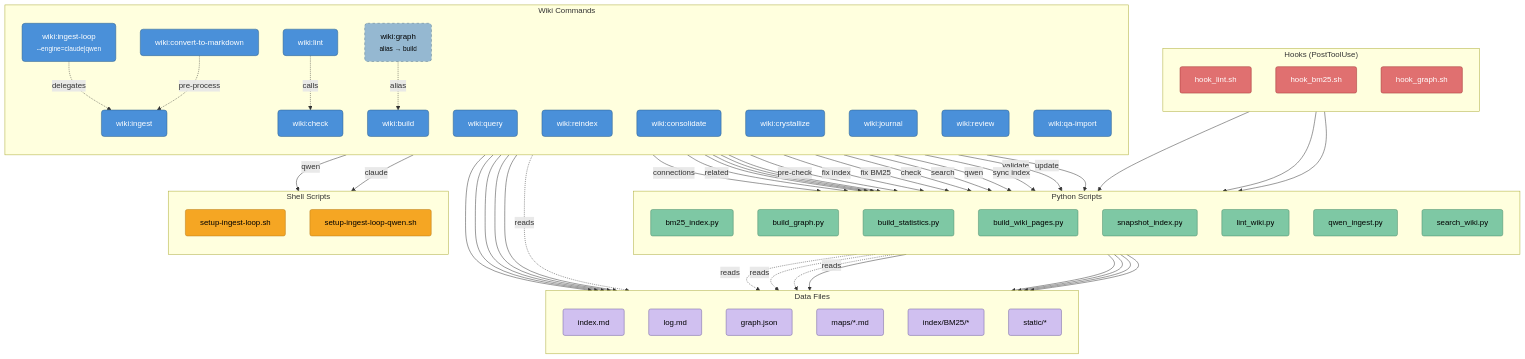
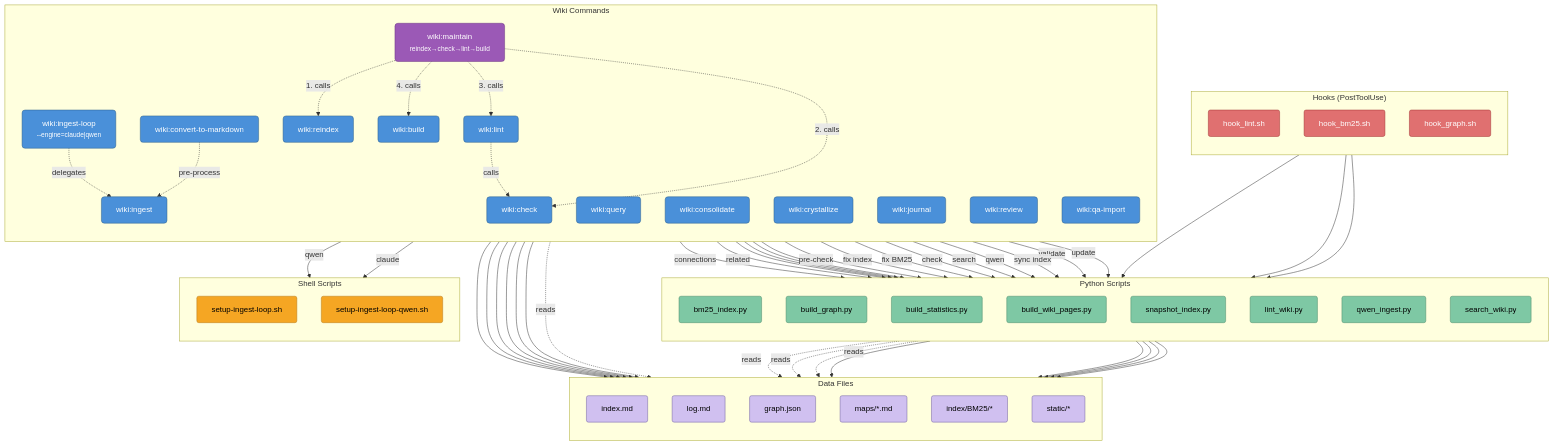
The diagram in static/asset/DAG.mmd (1998x-stack/llm-wiki-plugin), drawn with Mermaid before and after one commit. The commit also changed 121 other files, not shown here.

First line of the commit message:
feat: wiki:maintain pipeline + fix PostToolUse hooks (v3.2)

```diff
--- a/static/asset/DAG.mmd
+++ b/static/asset/DAG.mmd
@@ -1,148 +1,152 @@
 graph TD
 
 %% ─────────────────────────────────────────────
 %%  SUBGRAPHS
 %% ─────────────────────────────────────────────
 
 subgraph CMDS["Wiki Commands"]
     direction TB
     C_INGEST["wiki:ingest"]
     C_LOOP["wiki:ingest-loop<br/><small>--engine=claude|qwen</small>"]
     C_QUERY["wiki:query"]
     C_CHECK["wiki:check"]
     C_LINT["wiki:lint"]
     C_BUILD["wiki:build"]
-    C_GRAPH["wiki:graph<br/><small>alias → build</small>"]
     C_REINDEX["wiki:reindex"]
+    C_MAINTAIN["wiki:maintain<br/><small>reindex→check→lint→build</small>"]
     C_CONSOLIDATE["wiki:consolidate"]
     C_CRYSTALLIZE["wiki:crystallize"]
     C_JOURNAL["wiki:journal"]
     C_REVIEW["wiki:review"]
     C_QAIMPORT["wiki:qa-import"]
     C_CONVERT["wiki:convert-to-markdown"]
 end
 
 subgraph PYSCRIPTS["Python Scripts"]
     direction TB
     PY_BM25["bm25_index.py"]
     PY_GRAPH["build_graph.py"]
     PY_STATS["build_statistics.py"]
     PY_WIKI["build_wiki_pages.py"]
     PY_SNAP["snapshot_index.py"]
     PY_LINT["lint_wiki.py"]
     PY_QWEN["qwen_ingest.py"]
     PY_SEARCH["search_wiki.py"]
 end
 
 subgraph SHSCRIPTS["Shell Scripts"]
     direction TB
     SH_LOOP["setup-ingest-loop.sh"]
     SH_QWEN["setup-ingest-loop-qwen.sh"]
 end
 
 subgraph HOOKS["Hooks (PostToolUse)"]
     direction TB
     H_LINT["hook_lint.sh"]
     H_BM25["hook_bm25.sh"]
     H_GRAPH["hook_graph.sh"]
 end
 
 subgraph DATA["Data Files"]
     direction TB
     D_INDEX["index.md"]
     D_LOG["log.md"]
     D_GRAPH["graph.json"]
     D_MAPS["maps/*.md"]
     D_BM25["index/BM25/*"]
     D_STATIC["static/*"]
 end
 
 %% ─────────────────────────────────────────────
 %%  COMMAND → SCRIPT EDGES
 %% ─────────────────────────────────────────────
 
 C_INGEST -->|"update"| PY_BM25
 C_INGEST -->|"validate"| PY_LINT
 C_INGEST -->|"sync index"| PY_SNAP
 
 C_LOOP -->|"claude"| SH_LOOP
 C_LOOP -->|"qwen"| SH_QWEN
 C_LOOP -->|"qwen"| PY_QWEN
 C_LOOP -.->|"delegates"| C_INGEST
 
 C_QUERY -->|"search"| PY_SEARCH
 
 C_CHECK -->|"check"| PY_LINT
 
 C_LINT -.->|"calls"| C_CHECK
 C_LINT -->|"fix BM25"| PY_BM25
 C_LINT -->|"fix index"| PY_SNAP
 
 C_BUILD -->|"pre-check"| PY_LINT
 C_BUILD --> PY_GRAPH
 C_BUILD --> PY_STATS
 C_BUILD --> PY_WIKI
 
-C_GRAPH -.->|"alias"| C_BUILD
+C_REINDEX --> PY_SNAP
 
-C_REINDEX --> PY_SNAP
+C_MAINTAIN -.->|"1. calls"| C_REINDEX
+C_MAINTAIN -.->|"2. calls"| C_CHECK
+C_MAINTAIN -.->|"3. calls"| C_LINT
+C_MAINTAIN -.->|"4. calls"| C_BUILD
 
 C_JOURNAL -->|"related"| PY_SEARCH
 C_REVIEW -->|"connections"| PY_SEARCH
 
 C_CONVERT -.->|"pre-process"| C_INGEST
 
 %% ─────────────────────────────────────────────
 %%  HOOK → SCRIPT EDGES
 %% ─────────────────────────────────────────────
 
 H_LINT --> PY_LINT
 H_BM25 --> PY_BM25
 H_GRAPH --> PY_GRAPH
 
 %% ─────────────────────────────────────────────
 %%  SCRIPT → DATA WRITES
 %% ─────────────────────────────────────────────
 
 PY_BM25 --> D_BM25
 PY_GRAPH --> D_GRAPH
 PY_STATS --> D_STATIC
 PY_WIKI --> D_STATIC
 PY_SNAP --> D_INDEX
 
 %% ─────────────────────────────────────────────
 %%  SCRIPT → DATA READS
 %% ─────────────────────────────────────────────
 
 PY_SEARCH -.->|"reads"| D_BM25
 PY_SEARCH -.->|"reads"| D_MAPS
 PY_SEARCH -.->|"reads"| D_GRAPH
 C_CHECK -.->|"reads"| D_GRAPH
 
 %% ─────────────────────────────────────────────
 %%  COMMAND → DATA WRITES
 %% ─────────────────────────────────────────────
 
 C_INGEST --> D_LOG
 C_QAIMPORT --> D_INDEX
 C_QAIMPORT --> D_LOG
 C_REINDEX --> D_MAPS
 C_BUILD --> D_STATIC
+C_MAINTAIN --> D_LOG
 
 %% ─────────────────────────────────────────────
 %%  STYLES
 %% ─────────────────────────────────────────────
 
 classDef command  fill:#4A90D9,stroke:#2C5F8A,color:#fff,rx:6
 classDef pyscript fill:#7EC8A4,stroke:#4A8A6A,color:#000,rx:4
 classDef shscript fill:#F5A623,stroke:#B87A1A,color:#000,rx:4
 classDef hook     fill:#E07070,stroke:#A03030,color:#fff,rx:4
 classDef data     fill:#D0C0F0,stroke:#7060A0,color:#000,rx:4
-classDef alias    fill:#95B8D1,stroke:#5A7A8F,color:#000,rx:6,stroke-dasharray:5 5
+classDef pipeline fill:#9B59B6,stroke:#6C3483,color:#fff,rx:6
 
 class C_INGEST,C_LOOP,C_QUERY,C_CHECK,C_LINT,C_BUILD,C_REINDEX,C_CONSOLIDATE,C_CRYSTALLIZE,C_JOURNAL,C_REVIEW,C_QAIMPORT,C_CONVERT command
-class C_GRAPH alias
+class C_MAINTAIN pipeline
 class PY_BM25,PY_GRAPH,PY_STATS,PY_WIKI,PY_SNAP,PY_LINT,PY_QWEN,PY_SEARCH pyscript
 class SH_LOOP,SH_QWEN shscript
 class H_LINT,H_BM25,H_GRAPH hook
 class D_INDEX,D_LOG,D_GRAPH,D_MAPS,D_BM25,D_STATIC data
```
